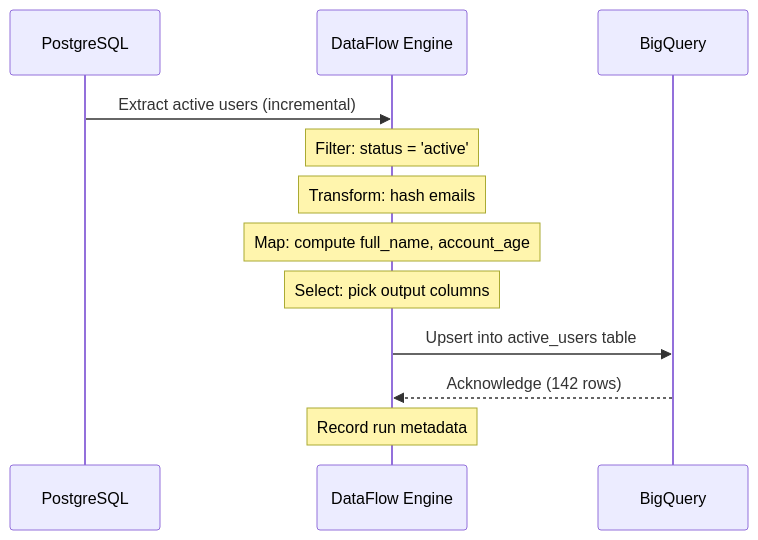
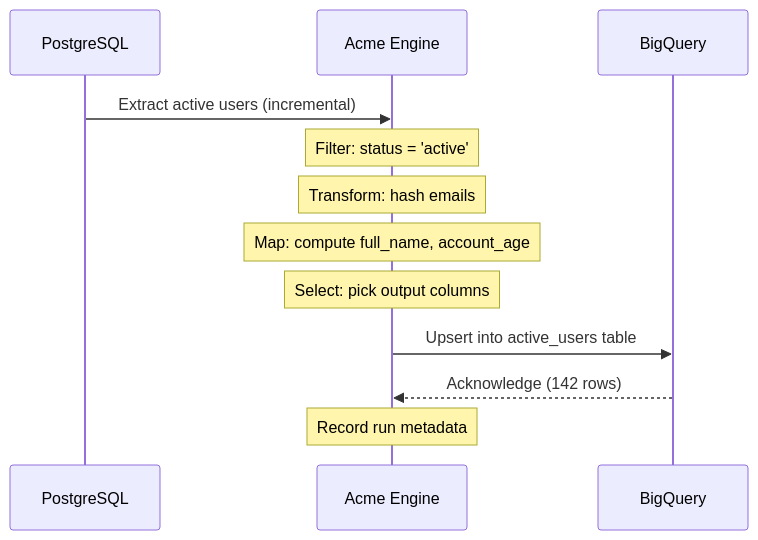
The diagram in getting-started/first-pipeline.md (acme-saas/docs), drawn with Mermaid before and after one commit. The commit also changed other lines of this file and 32 other files, not shown here.

````diff
--- a/getting-started/first-pipeline.md
+++ b/getting-started/first-pipeline.md
@@ -94,15 +95,15 @@
 ```mermaid
 sequenceDiagram
     participant PG as PostgreSQL
-    participant DF as DataFlow Engine
+    participant DF as Acme Engine
     participant BQ as BigQuery
 
     PG->>DF: Extract active users (incremental)
     Note over DF: Filter: status = 'active'
     Note over DF: Transform: hash emails
     Note over DF: Map: compute full_name, account_age
     Note over DF: Select: pick output columns
     DF->>BQ: Upsert into active_users table
     BQ-->>DF: Acknowledge (142 rows)
     Note over DF: Record run metadata
 ```
````
